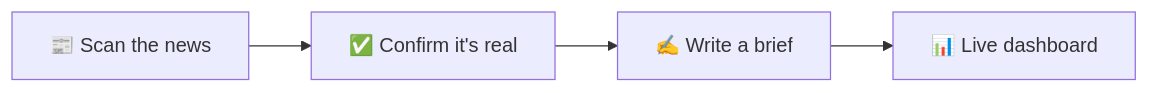
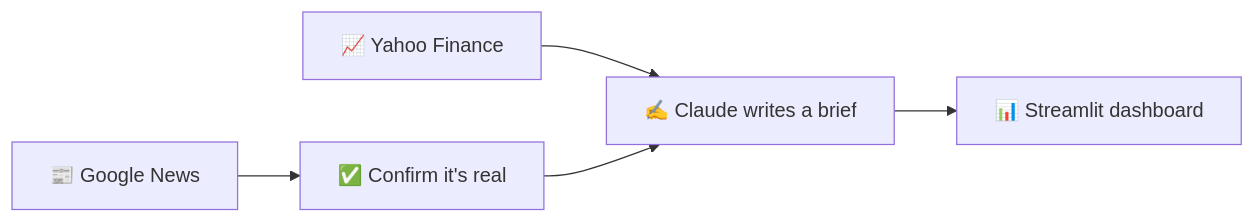
The diagram in README.md (KatarzynaSzmydki/product-launch-newsfeed), drawn with Mermaid before and after one commit. The commit also changed other lines of this file, not shown here.

Commit message:
Detail README diagram: separate Google News/Yahoo Finance, credit Claude/Streamlit

````diff
--- a/README.md
+++ b/README.md
@@ -23,6 +23,7 @@
 ```mermaid
 flowchart LR
-    A["📰 Scan the news"] --> B["✅ Confirm it's real"]
-    B --> C["✍️ Write a brief"]
-    C --> D["📊 Live dashboard"]
+    A1["📰 Google News"] --> B["✅ Confirm it's real"]
+    A2["📈 Yahoo Finance"] --> C
+    B --> C["✍️ Claude writes a brief"]
+    C --> D["📊 Streamlit dashboard"]
 ```
````
